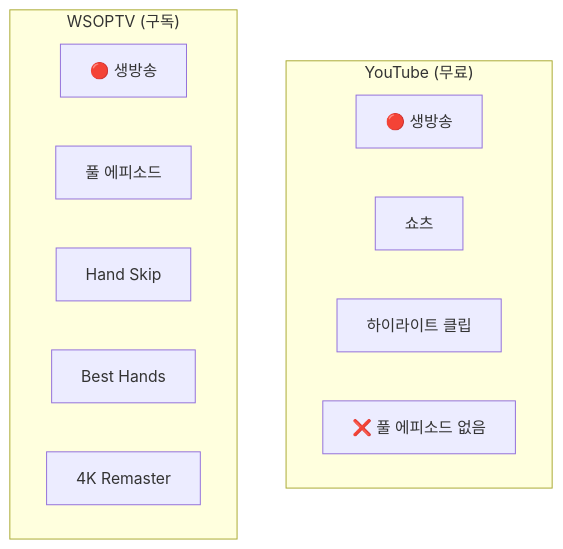
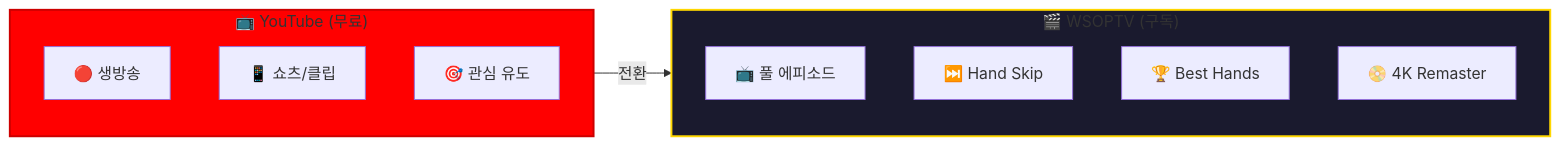
Diagram 11 of 20 in tasks/prds/0010-prd-wsoptv/03-content-strategy.md (garimto81/wsoptv_v2), drawn with Mermaid before and after one commit. The commit also changed other lines of this file and 67 other files, not shown here.

````diff
--- a/tasks/prds/0010-prd-wsoptv/03-content-strategy.md
+++ b/tasks/prds/0010-prd-wsoptv/03-content-strategy.md
@@ -188,17 +229,22 @@
 ```mermaid
-flowchart TB
-    subgraph YouTube["YouTube (무료)"]
-        Y1[🔴 생방송]
-        Y2[쇼츠]
-        Y3[하이라이트 클립]
-        Y4[❌ 풀 에피소드 없음]
+flowchart LR
+    subgraph YT["📺 YouTube (무료)"]
+        direction TB
+        Y1["🔴 생방송"]
+        Y2["📱 쇼츠/클립"]
+        Y3["🎯 관심 유도"]
     end
 
-    subgraph WSOPTV["WSOPTV (구독)"]
-        W1[🔴 생방송]
-        W2[풀 에피소드]
-        W3[Hand Skip]
-        W4[Best Hands]
-        W5[4K Remaster]
+    subgraph WS["🎬 WSOPTV (구독)"]
+        direction TB
+        W1["📺 풀 에피소드"]
+        W2["⏭️ Hand Skip"]
+        W3["🏆 Best Hands"]
+        W4["📀 4K Remaster"]
     end
+
+    YT -->|"전환"| WS
+
+    style WS fill:#1a1a2e,stroke:#ffd700,stroke-width:2px
+    style YT fill:#ff0000,stroke:#cc0000,stroke-width:2px
 ```
````
